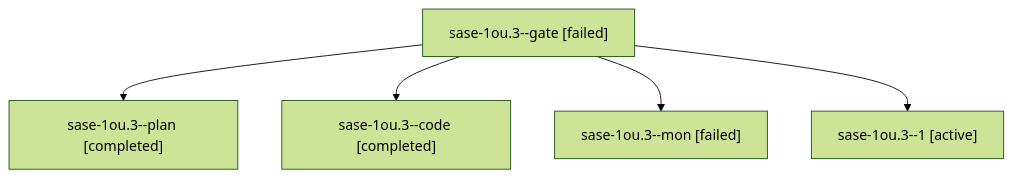
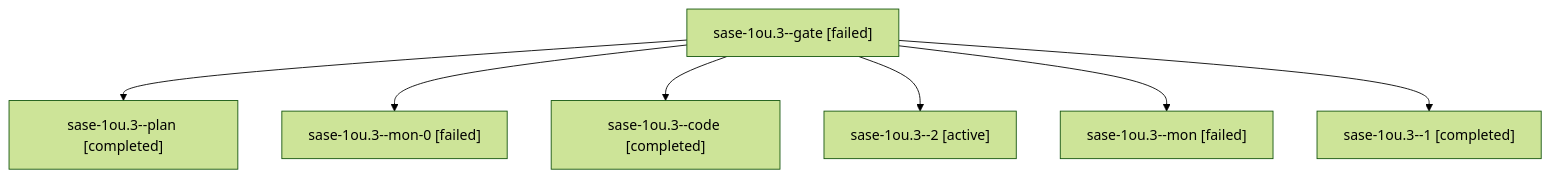
The diagram in sessions/bbugyi200.athena.sase-1ou.3.md (sase-org/sase--agents), drawn with Mermaid (forest theme) before and after one commit. The commit also changed other lines of this file and 71 other files, not shown here.

````diff
--- a/sessions/bbugyi200.athena.sase-1ou.3.md
+++ b/sessions/bbugyi200.athena.sase-1ou.3.md
@@ -9,12 +9,16 @@
 ```mermaid
 flowchart TD
   n0["sase-1ou.3--gate [failed]"]
   n1["sase-1ou.3--plan [completed]"]
   n0 --> n1
-  n2["sase-1ou.3--code [completed]"]
+  n2["sase-1ou.3--mon-0 [failed]"]
   n0 --> n2
-  n3["sase-1ou.3--mon [failed]"]
+  n3["sase-1ou.3--code [completed]"]
   n0 --> n3
-  n4["sase-1ou.3--1 [active]"]
+  n4["sase-1ou.3--2 [active]"]
   n0 --> n4
+  n5["sase-1ou.3--mon [failed]"]
+  n0 --> n5
+  n6["sase-1ou.3--1 [completed]"]
+  n0 --> n6
 ```
````
